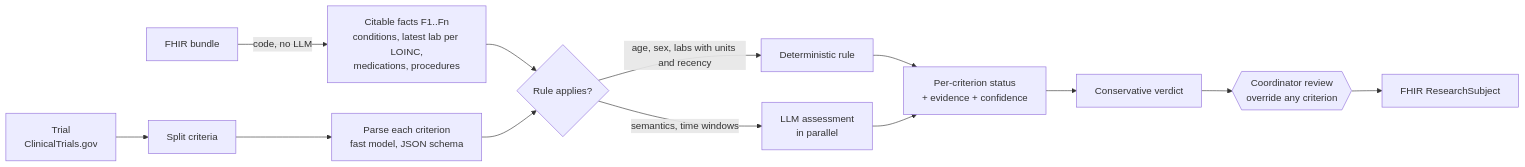
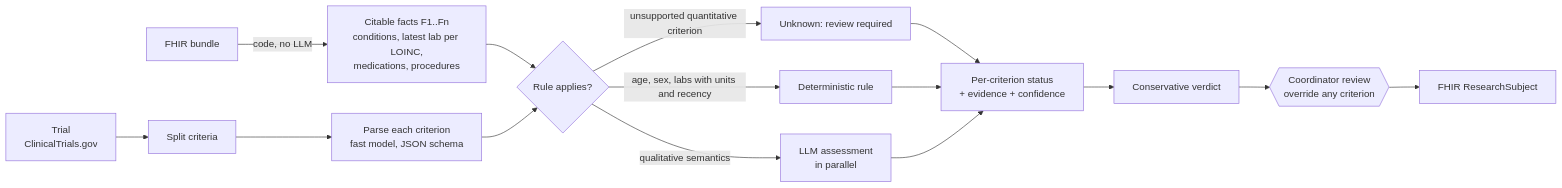
The diagram in README.md (AnhDuongVo/trial-matcher), drawn with Mermaid before and after one commit. The commit also changed other lines of this file and 10 other files, not shown here.

````diff
--- a/README.md
+++ b/README.md
@@ -8,12 +51,14 @@
 ```mermaid
 flowchart LR
     B[FHIR bundle] -->|code, no LLM| F[Citable facts F1..Fn<br/>conditions, latest lab per LOINC,<br/>medications, procedures]
     T[Trial<br/>ClinicalTrials.gov] --> C[Split criteria] --> P[Parse each criterion<br/>fast model, JSON schema]
     F --> R
     P --> R{Rule applies?}
     R -->|age, sex, labs with units and recency| Code[Deterministic rule]
-    R -->|semantics, time windows| LLM[LLM assessment<br/>in parallel]
+    R -->|qualitative semantics| LLM[LLM assessment<br/>in parallel]
+    R -->|unsupported quantitative criterion| Unknown[Unknown: review required]
+    Unknown --> V
     Code --> V[Per-criterion status<br/>+ evidence + confidence]
     LLM --> V
     V --> Agg[Conservative verdict] --> H{{Coordinator review<br/>override any criterion}} --> RS[FHIR ResearchSubject]
 ```
````
